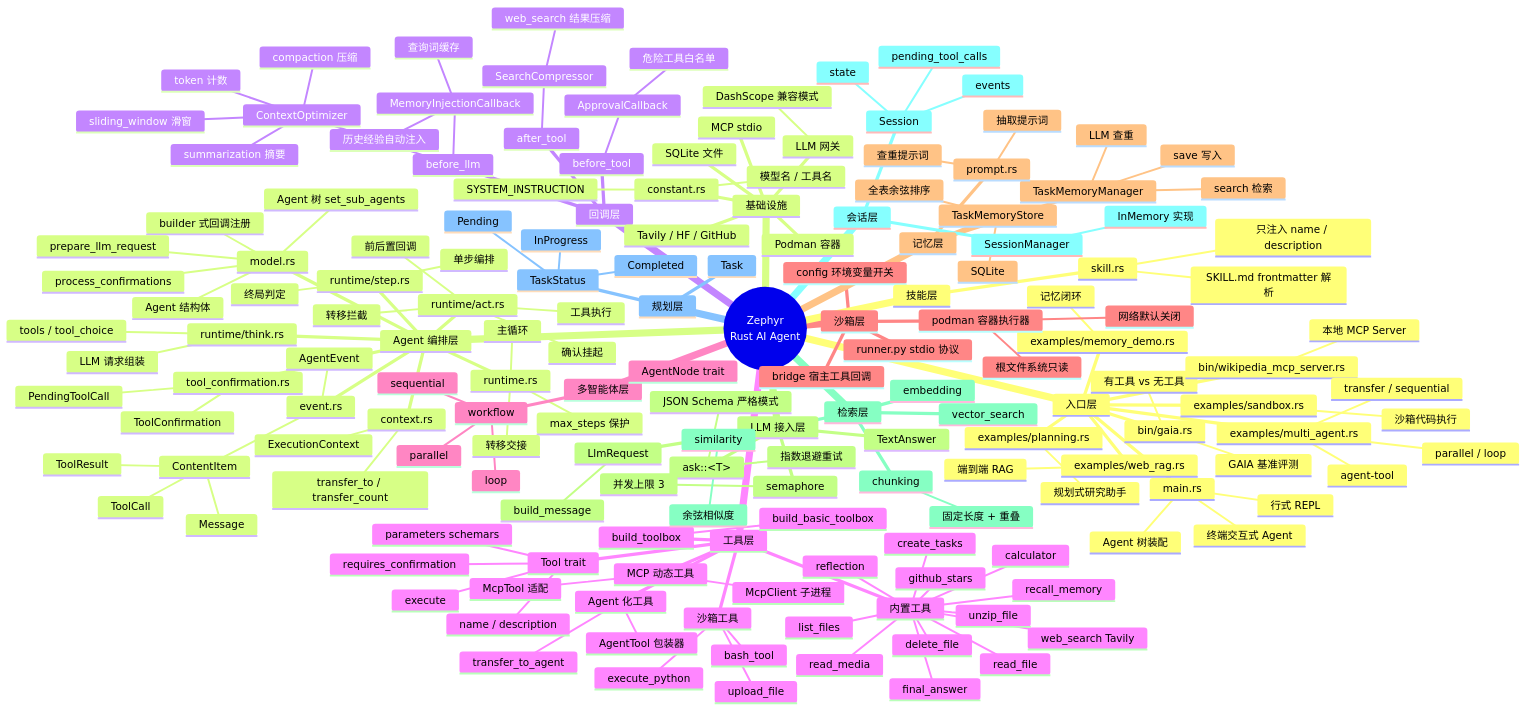
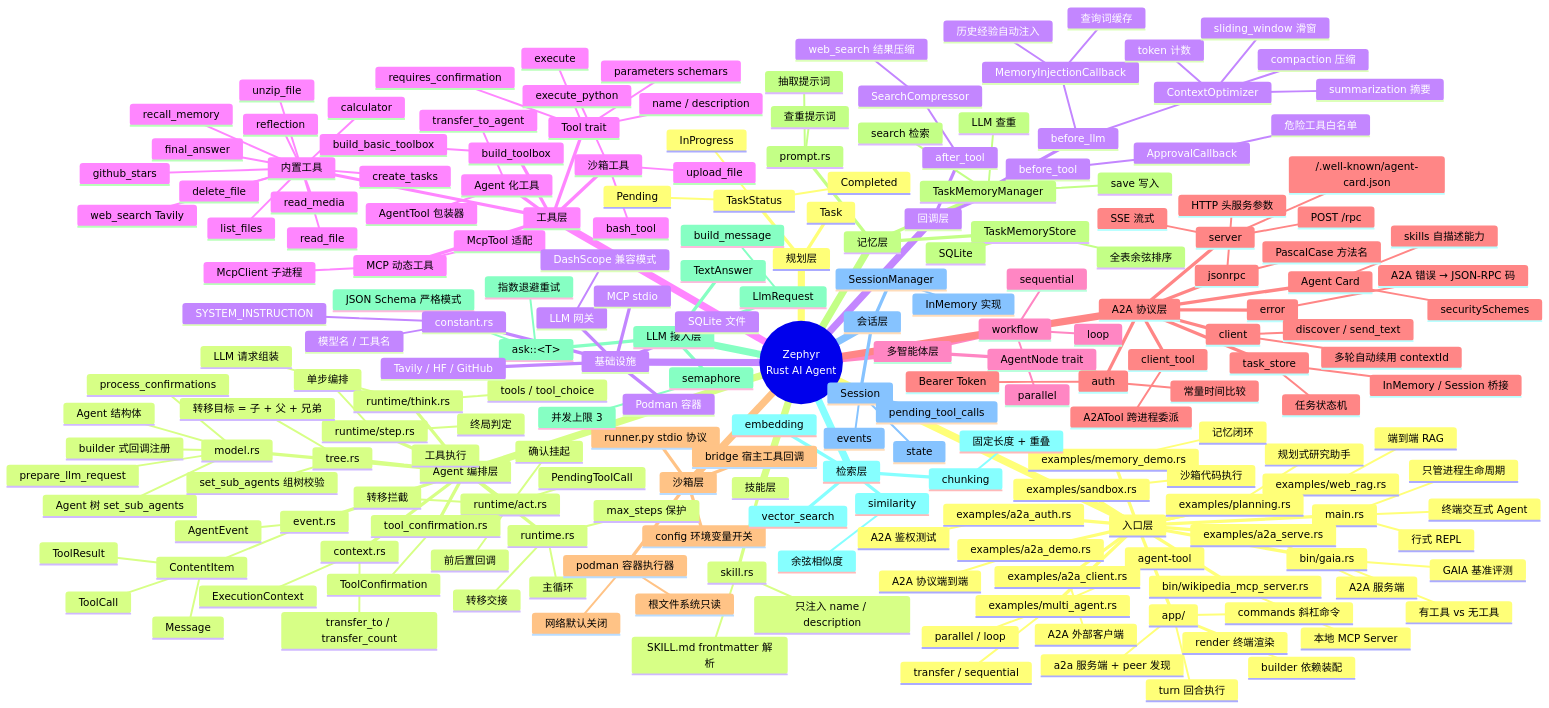
One commit to heheshang/zephyr changed diagram 14 of 56 in README.md. Above: the diagram before and after it, drawn with Mermaid. The commit also changed other lines of this file and 43 other files, not shown here.

```diff
--- a/README.md
+++ b/README.md
@@ -1191,7 +1300,13 @@
       main.rs
         终端交互式 Agent
         行式 REPL
-        Agent 树装配
+        只管进程生命周期
+      app/
+        builder 依赖装配
+        a2a 服务端 + peer 发现
+        turn 回合执行
+        commands 斜杠命令
+        render 终端渲染
       bin/gaia.rs
         GAIA 基准评测
         有工具 vs 无工具
@@ -1209,6 +1324,14 @@
         记忆闭环
       examples/sandbox.rs
         沙箱代码执行
+      examples/a2a_demo.rs
+        A2A 协议端到端
+      examples/a2a_serve.rs
+        A2A 服务端
+      examples/a2a_client.rs
+        A2A 外部客户端
+      examples/a2a_auth.rs
+        A2A 鉴权测试
     Agent 编排层
       model.rs
         Agent 结构体
@@ -1231,6 +1354,9 @@
         确认挂起
         转移拦截
         前后置回调
+      tree.rs
+        set_sub_agents 组树校验
+        转移目标 = 子 + 父 + 兄弟
       context.rs
         ExecutionContext
         transfer_to / transfer_count
@@ -1296,6 +1422,30 @@
         sequential
         parallel
         loop
+    A2A 协议层
+      Agent Card
+        skills 自描述能力
+        securitySchemes
+      jsonrpc
+        PascalCase 方法名
+        HTTP 头服务参数
+      error
+        A2A 错误 → JSON-RPC 码
+      server
+        /.well-known/agent-card.json
+        POST /rpc
+        SSE 流式
+      client
+        discover / send_text
+        多轮自动续用 contextId
+      client_tool
+        A2ATool 跨进程委派
+      task_store
+        InMemory / Session 桥接
+        任务状态机
+      auth
+        Bearer Token
+        常量时间比较
     沙箱层
       config 环境变量开关
       podman 容器执行器
```
